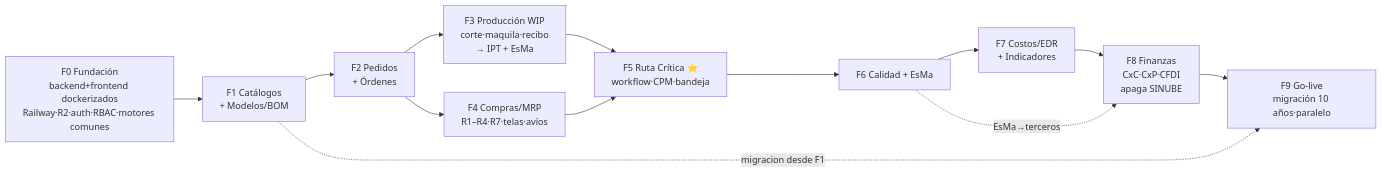
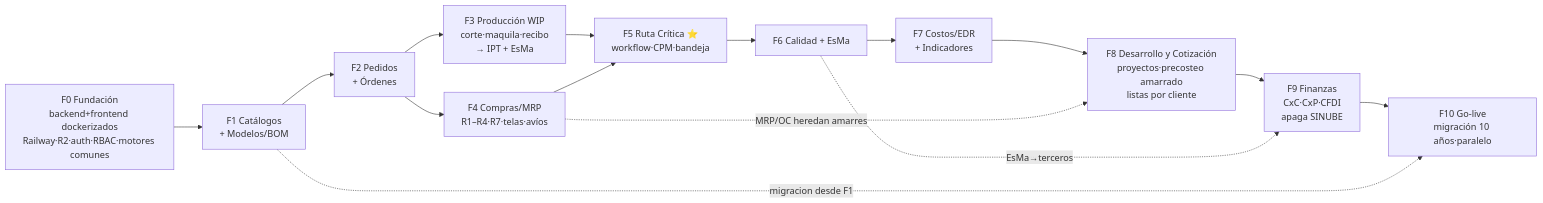
Before and after one commit to DanFrModa/Respaldo-Control-CLAUDE: the third of 3 diagrams in PLANMAESTRO.md, drawn with Mermaid. The commit also changed other lines of this file and 52 other files, not shown here.

First line of the commit message:
docs(plan): fase nueva F8 · Desarrollo, Cotización y Listas de Precios (D13, R16–R20, módulo 15) — Finanzas pasa a F9 y Go-live a F10

````diff
--- a/PLANMAESTRO.md
+++ b/PLANMAESTRO.md
@@ -271,15 +288,17 @@
 ```mermaid
 flowchart LR
     F0[F0 Fundación<br/>backend+frontend dockerizados<br/>Railway·R2·auth·RBAC·motores comunes] --> F1[F1 Catálogos<br/>+ Modelos/BOM]
     F1 --> F2[F2 Pedidos<br/>+ Órdenes]
     F2 --> F3[F3 Producción WIP<br/>corte·maquila·recibo<br/>→ IPT + EsMa]
     F2 --> F4[F4 Compras/MRP<br/>R1–R4·R7·telas·avíos]
     F3 --> F5[F5 Ruta Crítica ⭐<br/>workflow·CPM·bandeja]
     F4 --> F5
     F5 --> F6[F6 Calidad + EsMa]
     F6 --> F7[F7 Costos/EDR<br/>+ Indicadores]
-    F7 --> F8[F8 Finanzas<br/>CxC·CxP·CFDI<br/>apaga SINUBE]
-    F8 --> F9[F9 Go-live<br/>migración 10 años·paralelo]
-    F6 -. EsMa→terceros .-> F8
-    F1 -.migracion desde F1.-> F9
+    F7 --> F8[F8 Desarrollo y Cotización<br/>proyectos·precosteo amarrado<br/>listas por cliente]
+    F8 --> F9[F9 Finanzas<br/>CxC·CxP·CFDI<br/>apaga SINUBE]
+    F9 --> F10[F10 Go-live<br/>migración 10 años·paralelo]
+    F4 -. MRP/OC heredan amarres .-> F8
+    F6 -. EsMa→terceros .-> F9
+    F1 -.migracion desde F1.-> F10
 ```
````
